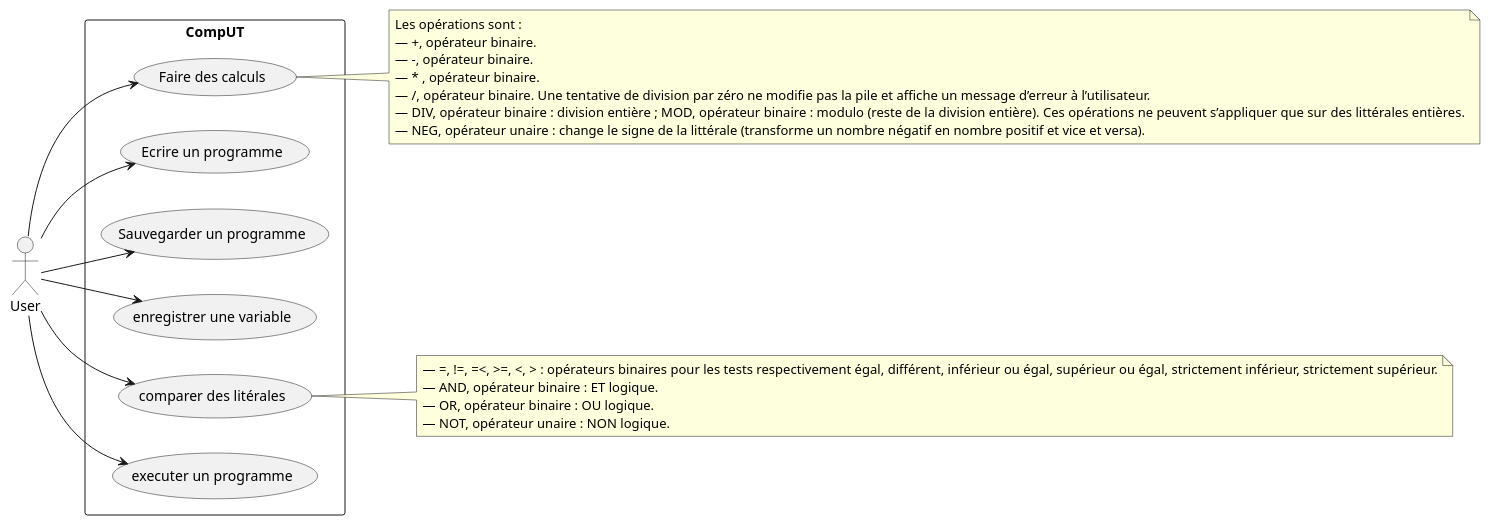
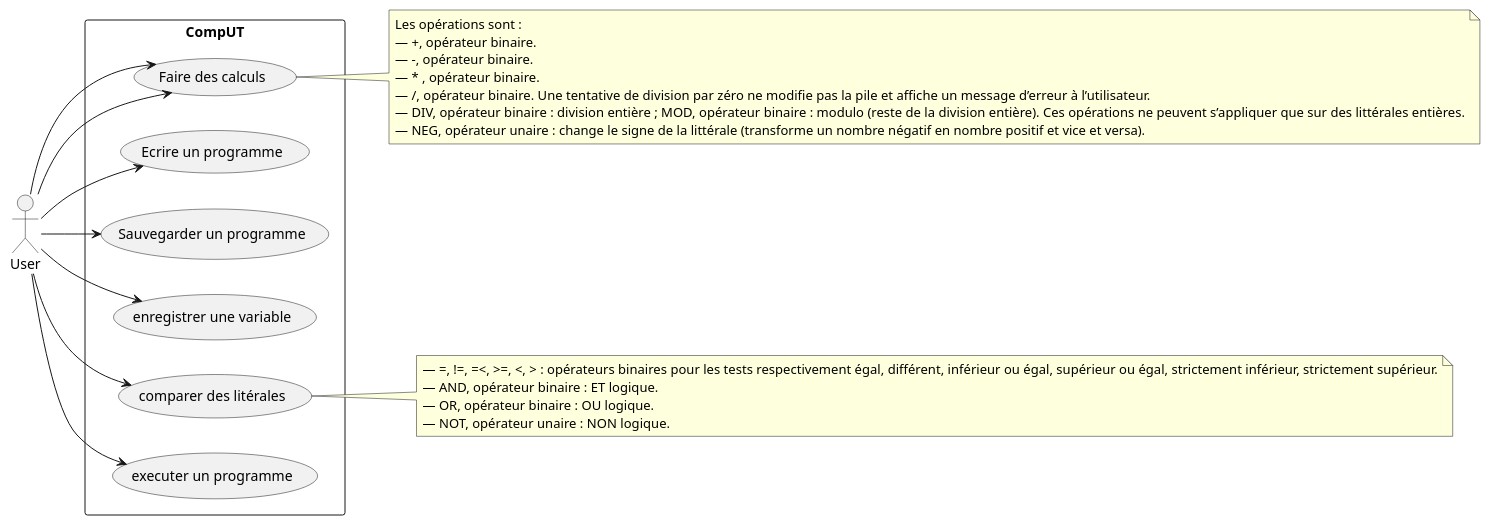
One commit to pltheoclement/LO21 changed the diagram in UML/useCase.plantuml. Above: the diagram before and after it, drawn with PlantUML. The commit also changed 4 other files, not shown here.

```diff
--- a/UML/useCase.plantuml
+++ b/UML/useCase.plantuml
@@ -1,37 +1,37 @@
 @startuml
 left to right direction
 rectangle CompUT{
   (Faire des calculs) as (calcul)
   (Ecrire un programme) as (programme)
   (Sauvegarder un programme) as (save)
   (enregistrer une variable) as (variable)
   (comparer des litérales) as (comparer)
   (executer un programme) as (execProg)
 }
 
-
+User --> (calcul)
 User --> (calcul)
 User --> (programme)
 User --> (save)
 User --> (variable)
 User --> (comparer)
 User --> (execProg)
 
 
 note right of (calcul)
   Les opérations sont :
   — +, opérateur binaire.
   — -, opérateur binaire.
   — * , opérateur binaire.
   — /, opérateur binaire. Une tentative de division par zéro ne modifie pas la pile et affiche un message d’erreur à l’utilisateur.
   — DIV, opérateur binaire : division entière ; MOD, opérateur binaire : modulo (reste de la division entière). Ces opérations ne peuvent s’appliquer que sur des littérales entières.
   — NEG, opérateur unaire : change le signe de la littérale (transforme un nombre négatif en nombre positif et vice et versa).
 end note
 
 note right of (comparer)
   — =, !=, =<, >=, <, > : opérateurs binaires pour les tests respectivement égal, différent, inférieur ou égal, supérieur ou égal, strictement inférieur, strictement supérieur.
   — AND, opérateur binaire : ET logique.
   — OR, opérateur binaire : OU logique.
   — NOT, opérateur unaire : NON logique.
 end note
 @enduml
```
